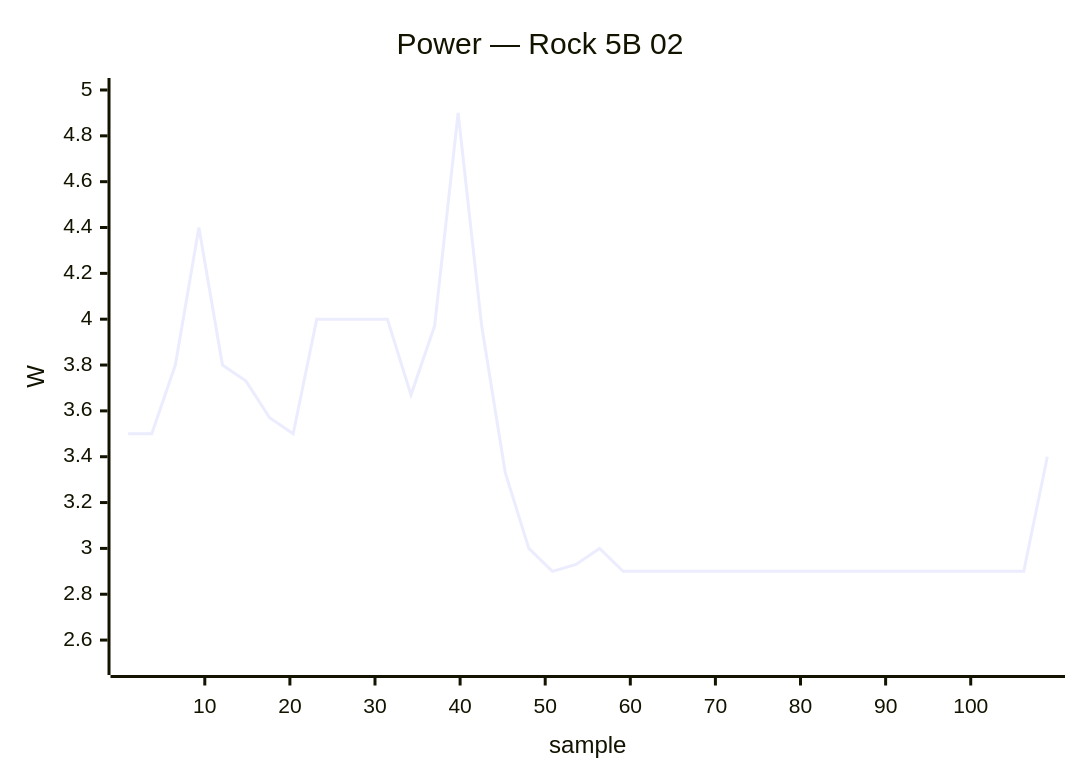
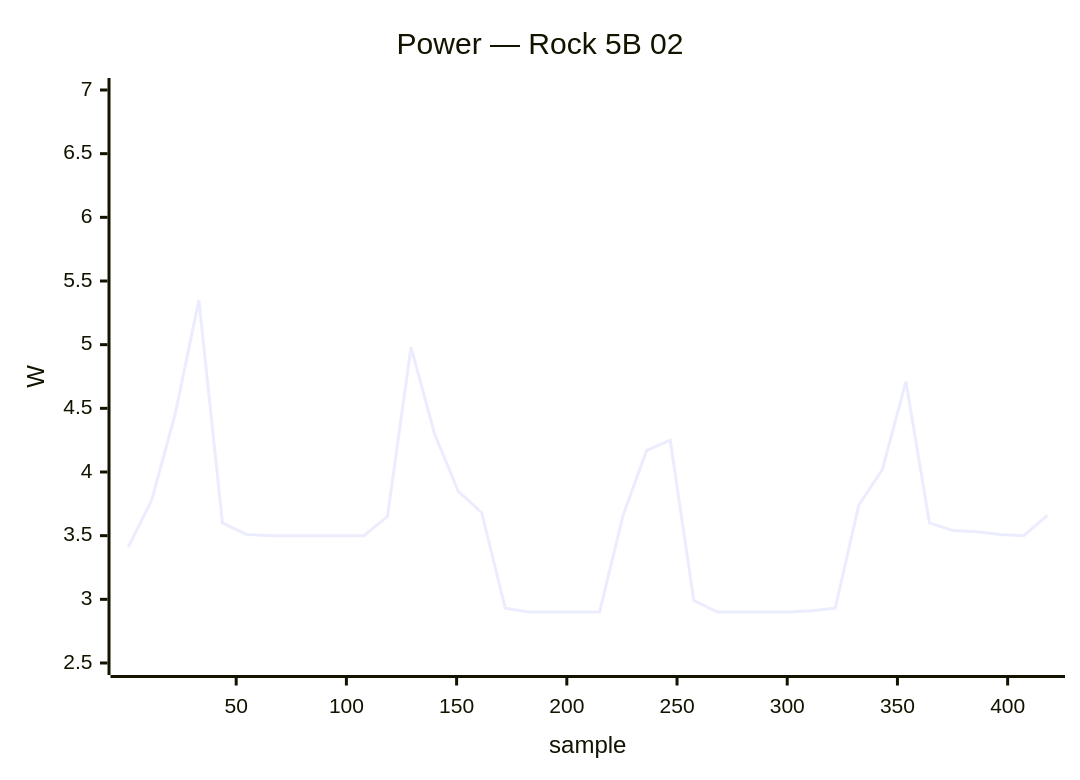
Before and after one commit to armbian/documentation: the tenth of 34 diagrams in docs/status/board-tests.md, drawn with Mermaid. The commit also changed other lines of this file, not shown here.

````diff
--- a/docs/status/board-tests.md
+++ b/docs/status/board-tests.md
@@ -583,7 +561,7 @@
 ```mermaid
 xychart-beta
     title "Power — Rock 5B 02"
-    x-axis "sample" 1 --> 109
-    y-axis "W" 2.5 --> 5.0
-    line [3.50, 3.50, 3.80, 4.40, 3.80, 3.73, 3.57, 3.50, 4.00, 4.00, 4.00, 4.00, 3.67, 3.97, 4.90, 3.97, 3.33, 3.00, 2.90, 2.93, 3.00, 2.90, 2.90, 2.90, 2.90, 2.90, 2.90, 2.90, 2.90, 2.90, 2.90, 2.90, 2.90, 2.90, 2.90, 2.90, 2.90, 2.90, 2.90, 3.40]
+    x-axis "sample" 1 --> 418
+    y-axis "W" 2.5 --> 7.0
+    line [3.41, 3.78, 4.46, 5.35, 3.60, 3.51, 3.50, 3.50, 3.50, 3.50, 3.50, 3.65, 4.98, 4.30, 3.85, 3.68, 2.93, 2.90, 2.90, 2.90, 2.90, 3.66, 4.17, 4.25, 2.99, 2.90, 2.90, 2.90, 2.90, 2.91, 2.93, 3.74, 4.02, 4.71, 3.60, 3.54, 3.53, 3.51, 3.50, 3.66]
 ```
````
